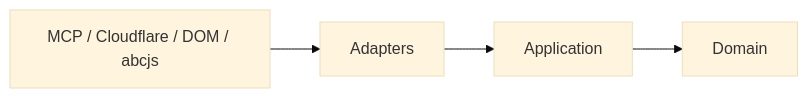
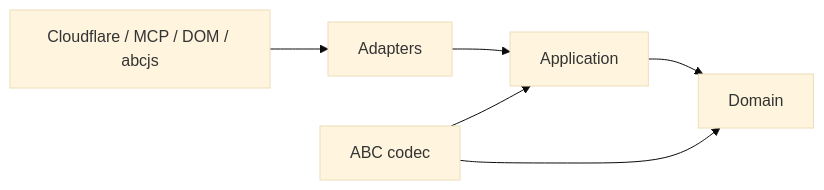
Before and after one commit to R3Neer/abcoda: the first of 4 diagrams in docs/architecture/ABCoda-arquitectura-objetivo.md, drawn with Mermaid (base theme). The commit also changed other lines of this file, not shown here.

Commit message:
docs(architecture): describe materialized v2 architecture

````diff
--- a/docs/architecture/ABCoda-arquitectura-objetivo.md
+++ b/docs/architecture/ABCoda-arquitectura-objetivo.md
@@ -60,7 +55,8 @@
 ```mermaid
 flowchart LR
-    Host["MCP / Cloudflare / DOM / abcjs"] --> Adapters
+    Host["Cloudflare / MCP / DOM / abcjs"] --> Adapters
     Adapters --> Application
     Application --> Domain
-    Domain["Domain"]
+    Codec["ABC codec"] --> Domain
+    Codec --> Application
 ```
````
